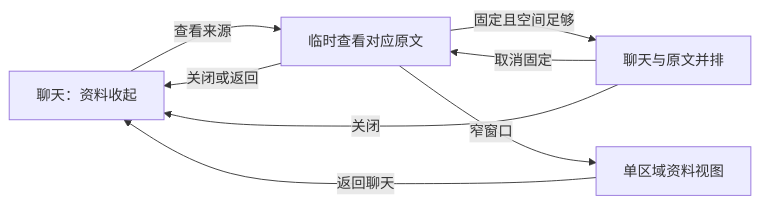
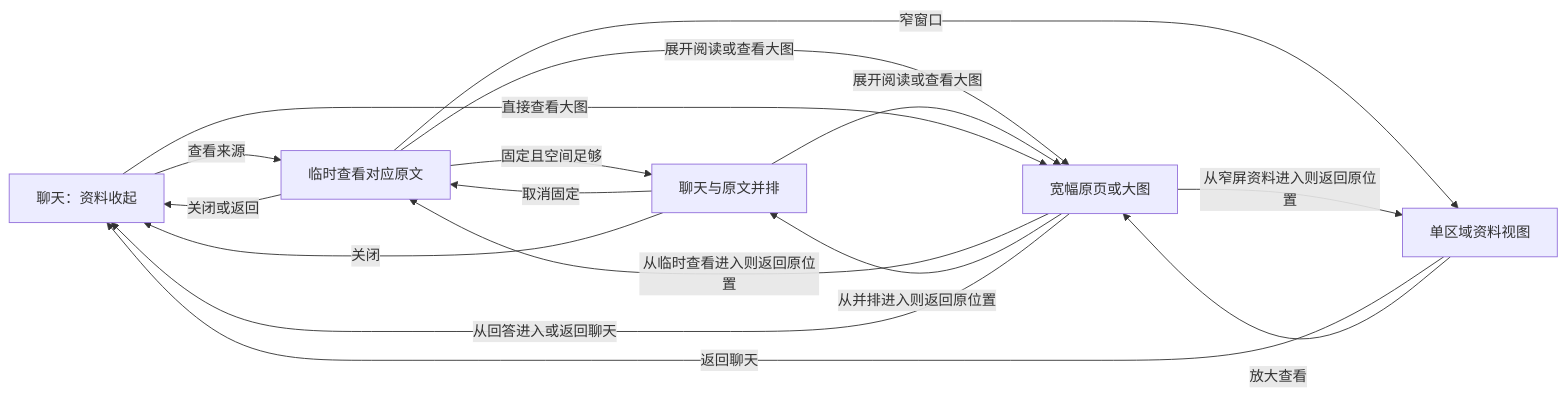
The diagram in docs/研究工作台第三轮前端简化_落地方案.md (qiudaoyu0201/med-research-mentor), drawn with Mermaid before and after one commit. The commit also changed other lines of this file and 4 other files, not shown here.

````diff
--- a/docs/研究工作台第三轮前端简化_落地方案.md
+++ b/docs/研究工作台第三轮前端简化_落地方案.md
@@ -143,10 +167,18 @@
 ```mermaid
 flowchart LR
     A[聊天：资料收起] -->|查看来源| B[临时查看对应原文]
     B -->|关闭或返回| A
     B -->|固定且空间足够| C[聊天与原文并排]
     C -->|取消固定| B
     C -->|关闭| A
     B -->|窄窗口| D[单区域资料视图]
     D -->|返回聊天| A
+    B -->|展开阅读或查看大图| E[宽幅原页或大图]
+    C -->|展开阅读或查看大图| E
+    D -->|放大查看| E
+    A -->|直接查看大图| E
+    E -->|从临时查看进入则返回原位置| B
+    E -->|从并排进入则返回原位置| C
+    E -->|从窄屏资料进入则返回原位置| D
+    E -->|从回答进入或返回聊天| A
 ```
````
